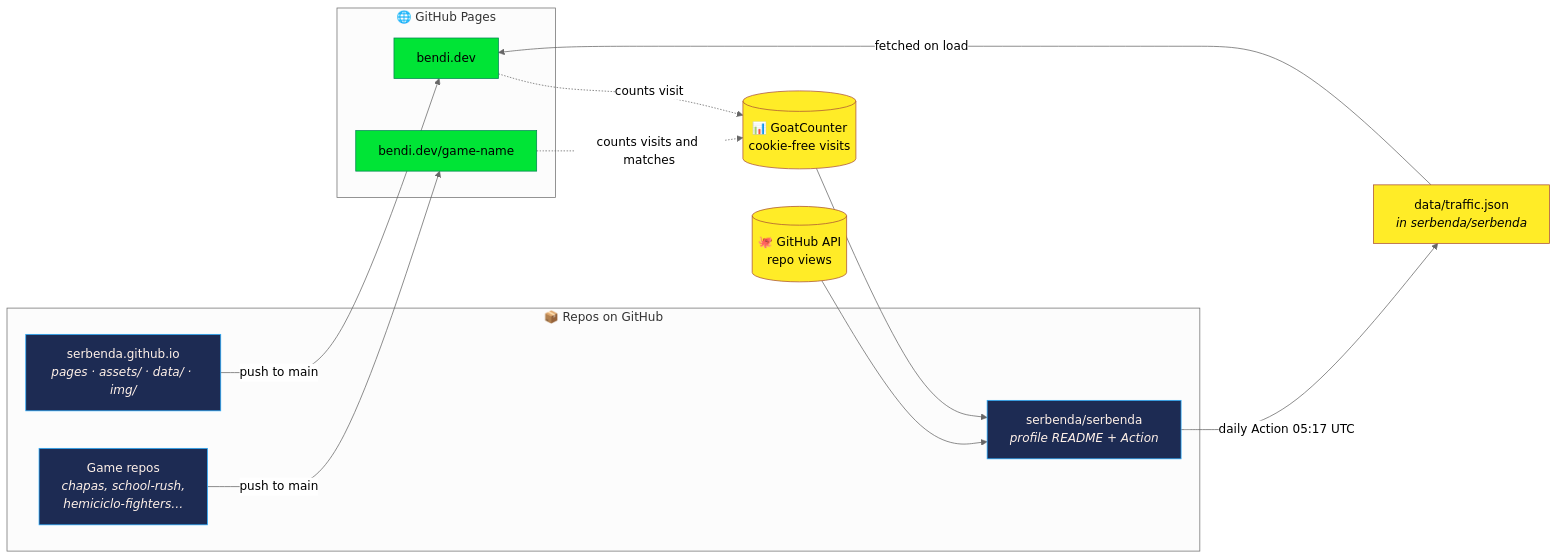
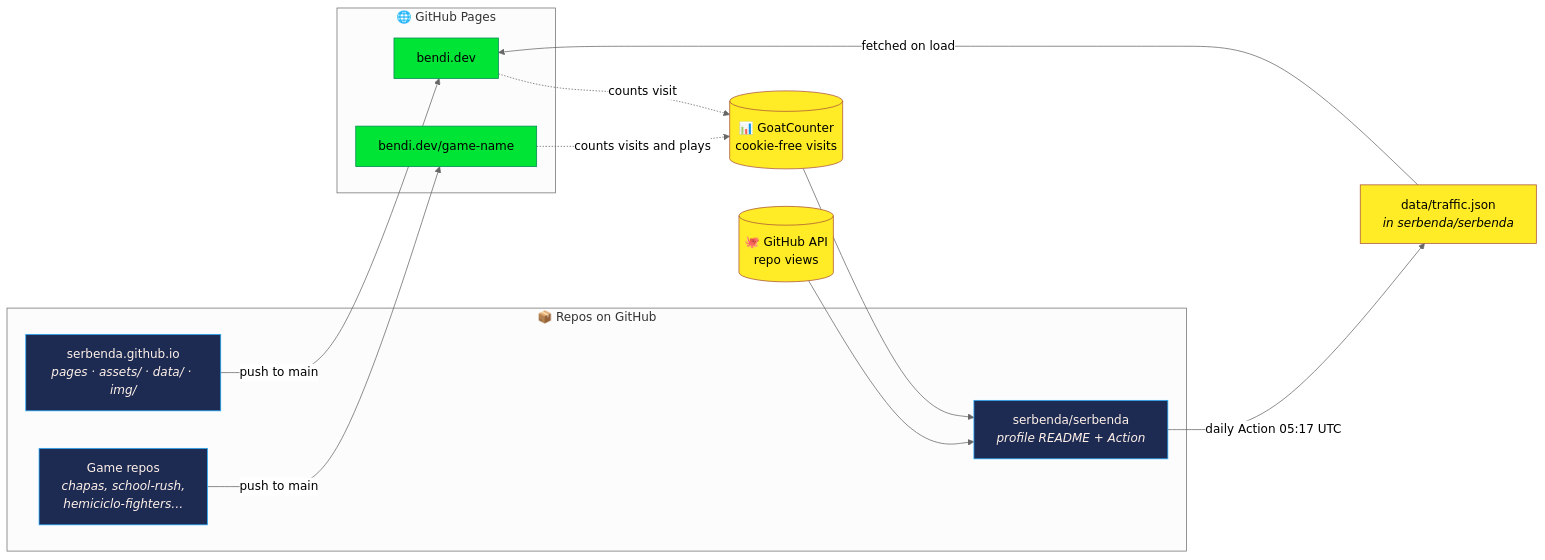
The first of 2 diagrams in README.md (serbenda/serbenda.github.io), drawn with Mermaid (neutral theme) before and after one commit. The commit also changed other lines of this file and 14 other files, not shown here.

````diff
--- a/README.md
+++ b/README.md
@@ -58,33 +58,33 @@
 ```mermaid
 flowchart LR
     subgraph REPOS["📦 Repos on GitHub"]
         WEB["serbenda.github.io<br/><i>pages · assets/ · data/ · img/</i>"]
         PROFILE["serbenda/serbenda<br/><i>profile README + Action</i>"]
         GAMES["Game repos<br/><i>chapas, school-rush,<br/>hemiciclo-fighters…</i>"]
     end
 
     subgraph PAGES["🌐 GitHub Pages"]
         ROOT["bendi.dev"]
         SUB["bendi.dev/game-name"]
     end
 
     GC[("📊 GoatCounter<br/>cookie-free visits")]
     API[("🐙 GitHub API<br/>repo views")]
     TRAFFIC["data/traffic.json<br/><i>in serbenda/serbenda</i>"]
 
     WEB -- "push to main" --> ROOT
     GAMES -- "push to main" --> SUB
     ROOT -. "counts visit" .-> GC
-    SUB -. "counts visits and matches" .-> GC
+    SUB -. "counts visits and plays" .-> GC
     PROFILE -- "daily Action 05:17 UTC" --> TRAFFIC
     GC --> PROFILE
     API --> PROFILE
     TRAFFIC -- "fetched on load" --> ROOT
 
     classDef repo fill:#1d2b53,stroke:#29adff,color:#fff1e8
     classDef page fill:#00e436,stroke:#008751,color:#000
     classDef data fill:#ffec27,stroke:#ab5236,color:#000
     class WEB,PROFILE,GAMES repo
     class ROOT,SUB page
     class GC,API,TRAFFIC data
 ```
````
